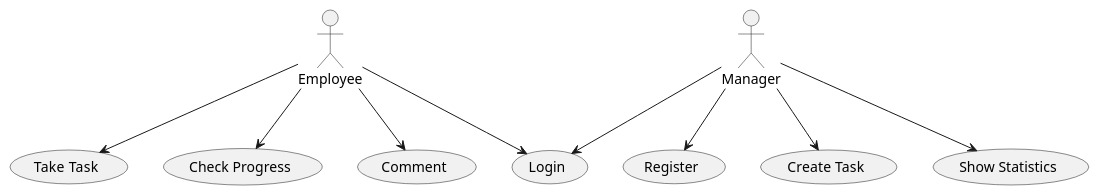
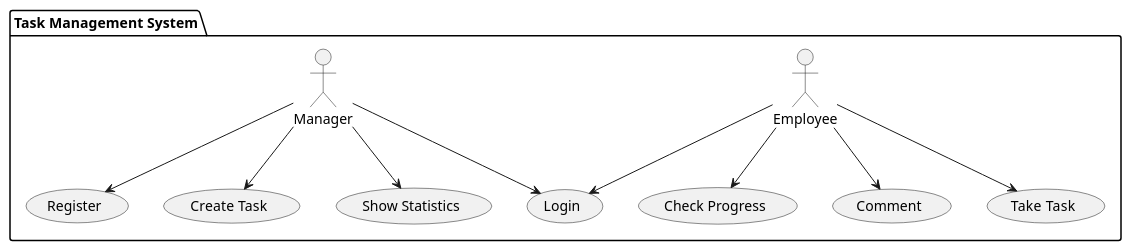
Before and after one commit to OsamaAlashri/OOAD: the diagram in use_case_diagram.puml, drawn with PlantUML.

Commit message:
Update use_case_diagram.puml
updated the use case diagram to put all objects in a package called task management system

```diff
--- a/use_case_diagram.puml
+++ b/use_case_diagram.puml
@@ -2,21 +1,24 @@
 @startuml
+package "Task Management System" as TMS {
 actor Employee
 actor Manager
 
-usecase "Login" as UC1
-usecase "Register" as UC2
-usecase "Create Task" as UC3
-usecase "Take Task" as UC4
-usecase "Check Progress" as UC5
-usecase "Comment" as UC6
-usecase "Show Statistics" as UC7
+
+    usecase "Login" as UC1
+    usecase "Register" as UC2
+    usecase "Create Task" as UC3
+    usecase "Take Task" as UC4
+    usecase "Check Progress" as UC5
+    usecase "Comment" as UC6
+    usecase "Show Statistics" as UC7
+}
 
 Employee --> UC1
 Employee --> UC4
 Employee --> UC5
 Employee --> UC6
 Manager --> UC1
 Manager --> UC2
 Manager --> UC3
 Manager --> UC7
 @enduml
```
